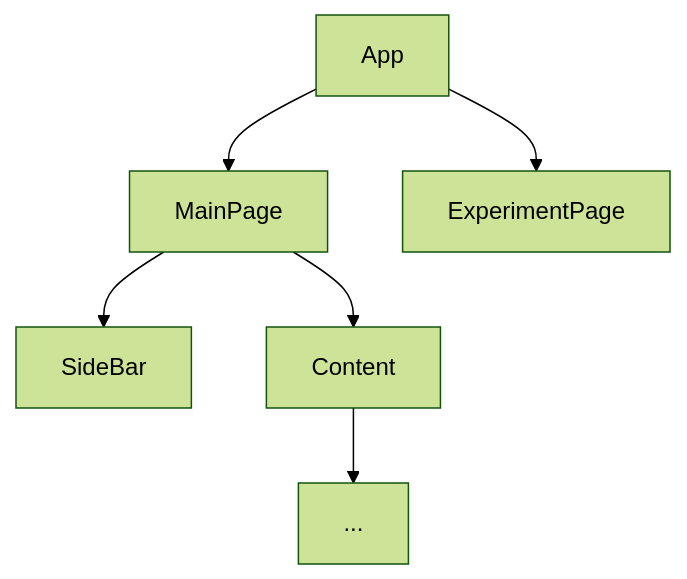
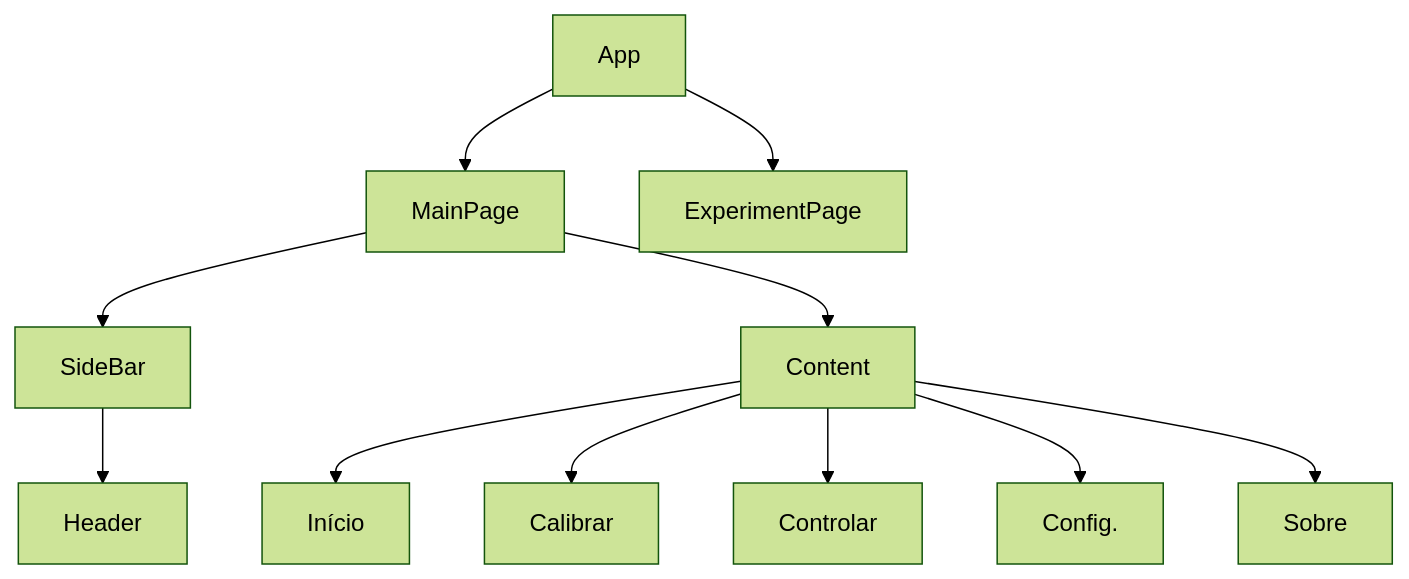
One commit to HefestusTec/bolinho changed the diagram in docs/frontEnd/index.md. Above: the diagram before and after it, drawn with Mermaid (forest theme). The commit also changed 4 other files, not shown here.

````diff
--- a/docs/frontEnd/index.md
+++ b/docs/frontEnd/index.md
@@ -5,9 +5,14 @@
 ```mermaid
 flowchart TD
     App --> MainPage
     App --> ExperimentPage
     MainPage --> SideBar
+    SideBar --> Header
     MainPage --> Content
-    Content --> ...
+    Content --> Início
+    Content --> Calibrar
+    Content --> Controlar
+    Content --> Config.
+    Content --> Sobre
 
 ```
````
